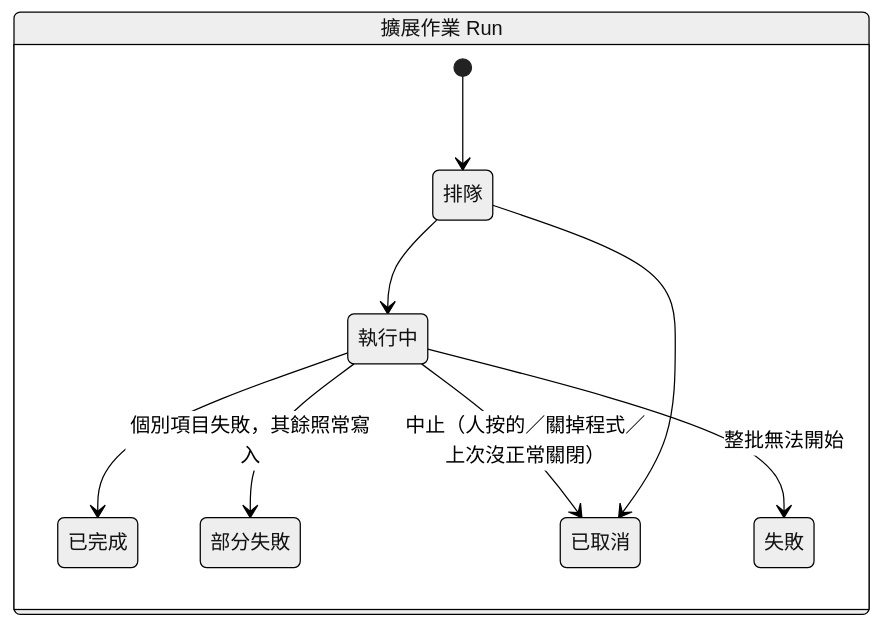
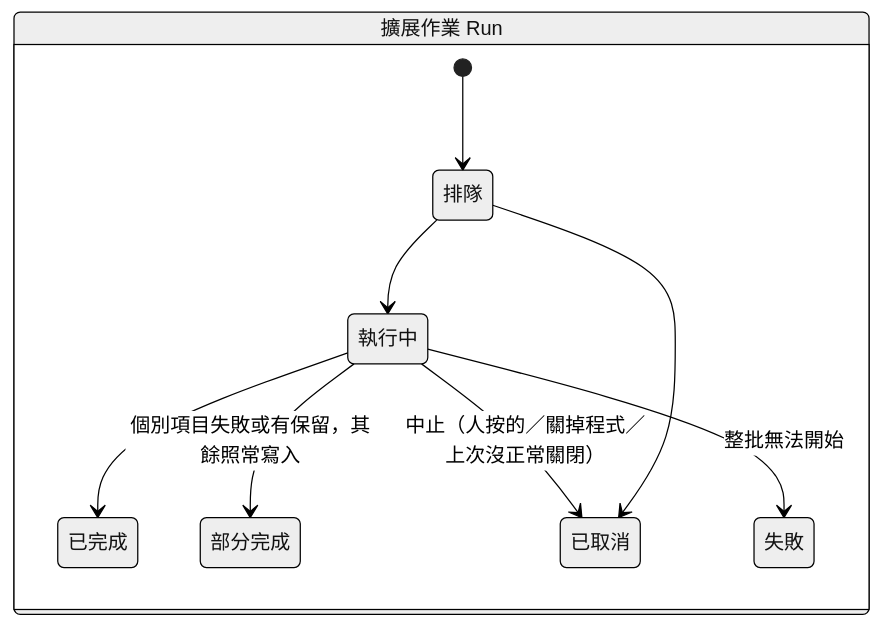
Before and after one commit to SpringRain555/cyclosa: the third of 4 diagrams in docs/architecture/state-machines.md, drawn with Mermaid (neutral theme). The commit also changed other lines of this file and 20 other files, not shown here.

````diff
--- a/docs/architecture/state-machines.md
+++ b/docs/architecture/state-machines.md
@@ -100,13 +100,13 @@
 ```mermaid
 stateDiagram-v2
   direction LR
   state "擴展作業 Run" as R {
     [*] --> 排隊
     排隊 --> 執行中
     執行中 --> 已完成
-    執行中 --> 部分失敗 : 個別項目失敗，其餘照常寫入
+    執行中 --> 部分完成 : 個別項目失敗或有保留，其餘照常寫入
     執行中 --> 已取消 : 中止（人按的／關掉程式／上次沒正常關閉）
     執行中 --> 失敗 : 整批無法開始
     排隊 --> 已取消
   }
 ```
````
